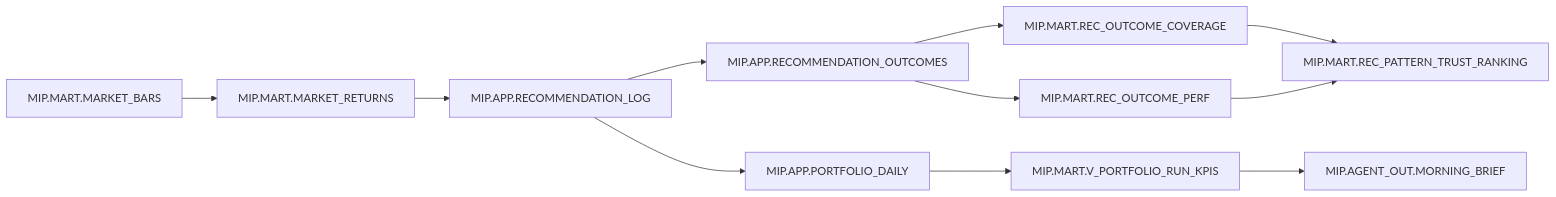
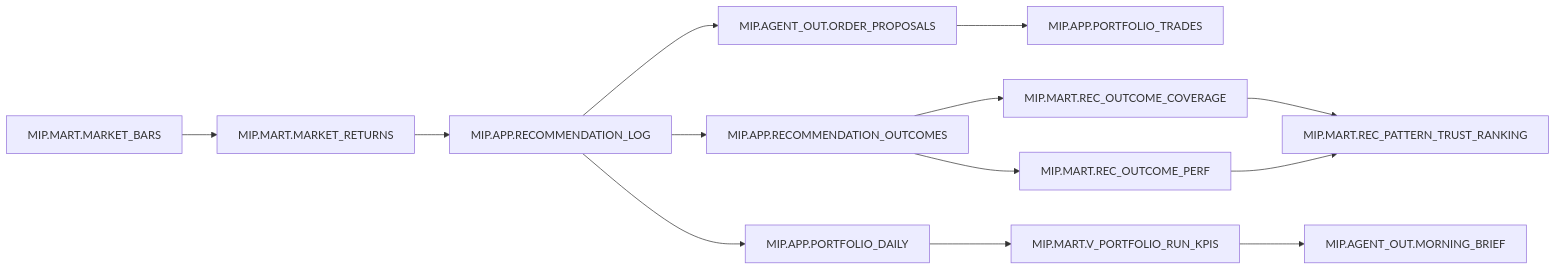
Before and after one commit to jebjergk/MIP: the first of 2 diagrams in docs/20_DATA_LINEAGE.md, drawn with Mermaid. The commit also changed other lines of this file and 8 other files, not shown here.

Commit message:
Add agent trade proposals and validation

````diff
--- a/docs/20_DATA_LINEAGE.md
+++ b/docs/20_DATA_LINEAGE.md
@@ -13,24 +14,28 @@
 ```mermaid
 flowchart LR
     MARKET_BARS[MIP.MART.MARKET_BARS]
     MARKET_RETURNS[MIP.MART.MARKET_RETURNS]
     REC_LOG[MIP.APP.RECOMMENDATION_LOG]
     REC_OUTCOMES[MIP.APP.RECOMMENDATION_OUTCOMES]
     PORTFOLIO_DAILY[MIP.APP.PORTFOLIO_DAILY]
+    PORTFOLIO_TRADES[MIP.APP.PORTFOLIO_TRADES]
     RUN_KPIS[MIP.MART.V_PORTFOLIO_RUN_KPIS]
     KPI_COVERAGE[MIP.MART.REC_OUTCOME_COVERAGE]
     KPI_PERF[MIP.MART.REC_OUTCOME_PERF]
     KPI_TRUST[MIP.MART.REC_PATTERN_TRUST_RANKING]
     MORNING_BRIEF[MIP.AGENT_OUT.MORNING_BRIEF]
+    ORDER_PROPOSALS[MIP.AGENT_OUT.ORDER_PROPOSALS]
 
     MARKET_BARS --> MARKET_RETURNS
     MARKET_RETURNS --> REC_LOG
     REC_LOG --> REC_OUTCOMES
     REC_LOG --> PORTFOLIO_DAILY
     PORTFOLIO_DAILY --> RUN_KPIS
+    REC_LOG --> ORDER_PROPOSALS
+    ORDER_PROPOSALS --> PORTFOLIO_TRADES
     REC_OUTCOMES --> KPI_COVERAGE
     REC_OUTCOMES --> KPI_PERF
     KPI_COVERAGE --> KPI_TRUST
     KPI_PERF --> KPI_TRUST
     RUN_KPIS --> MORNING_BRIEF
 ```
````
